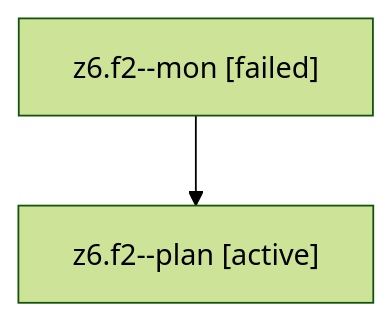
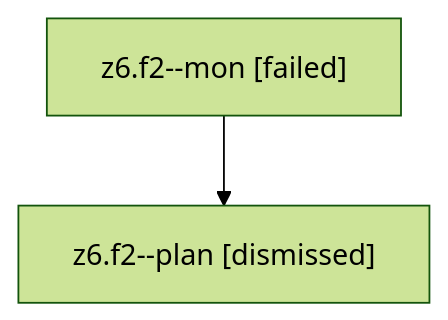
The diagram in sessions/bbugyi200.athena.z6.f2.md (sase-org/sase--agents), drawn with Mermaid (forest theme) before and after one commit. The commit also changed other lines of this file and 35 other files, not shown here.

````diff
--- a/sessions/bbugyi200.athena.z6.f2.md
+++ b/sessions/bbugyi200.athena.z6.f2.md
@@ -9,6 +9,6 @@
 ```mermaid
 flowchart TD
   n0["z6.f2--mon [failed]"]
-  n1["z6.f2--plan [active]"]
+  n1["z6.f2--plan [dismissed]"]
   n0 --> n1
 ```
````
